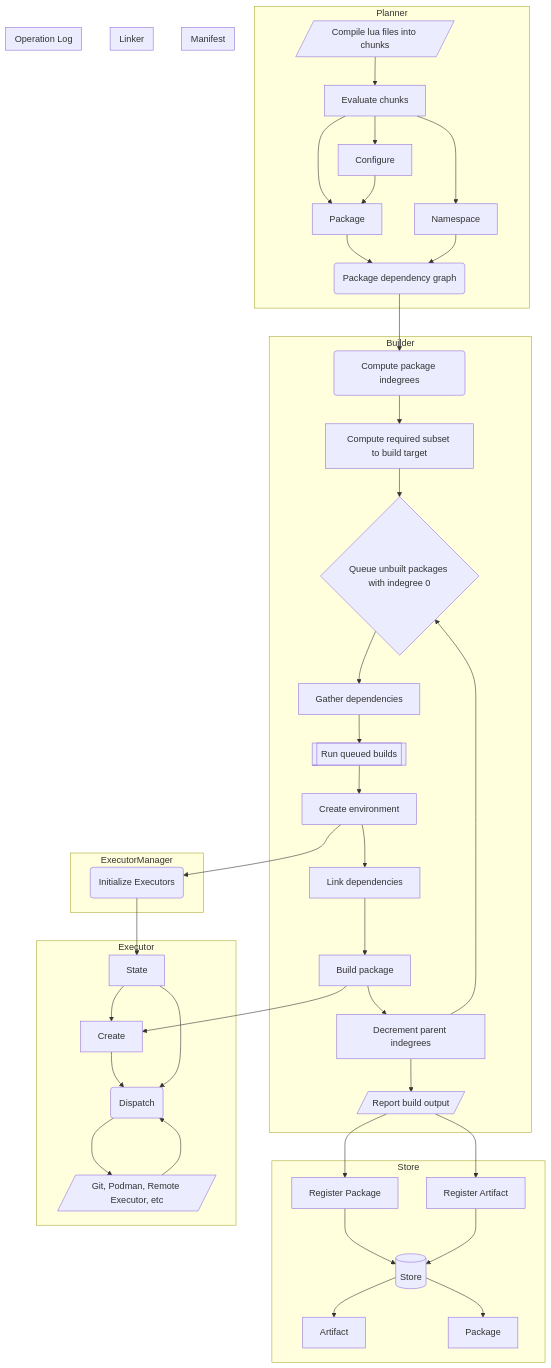
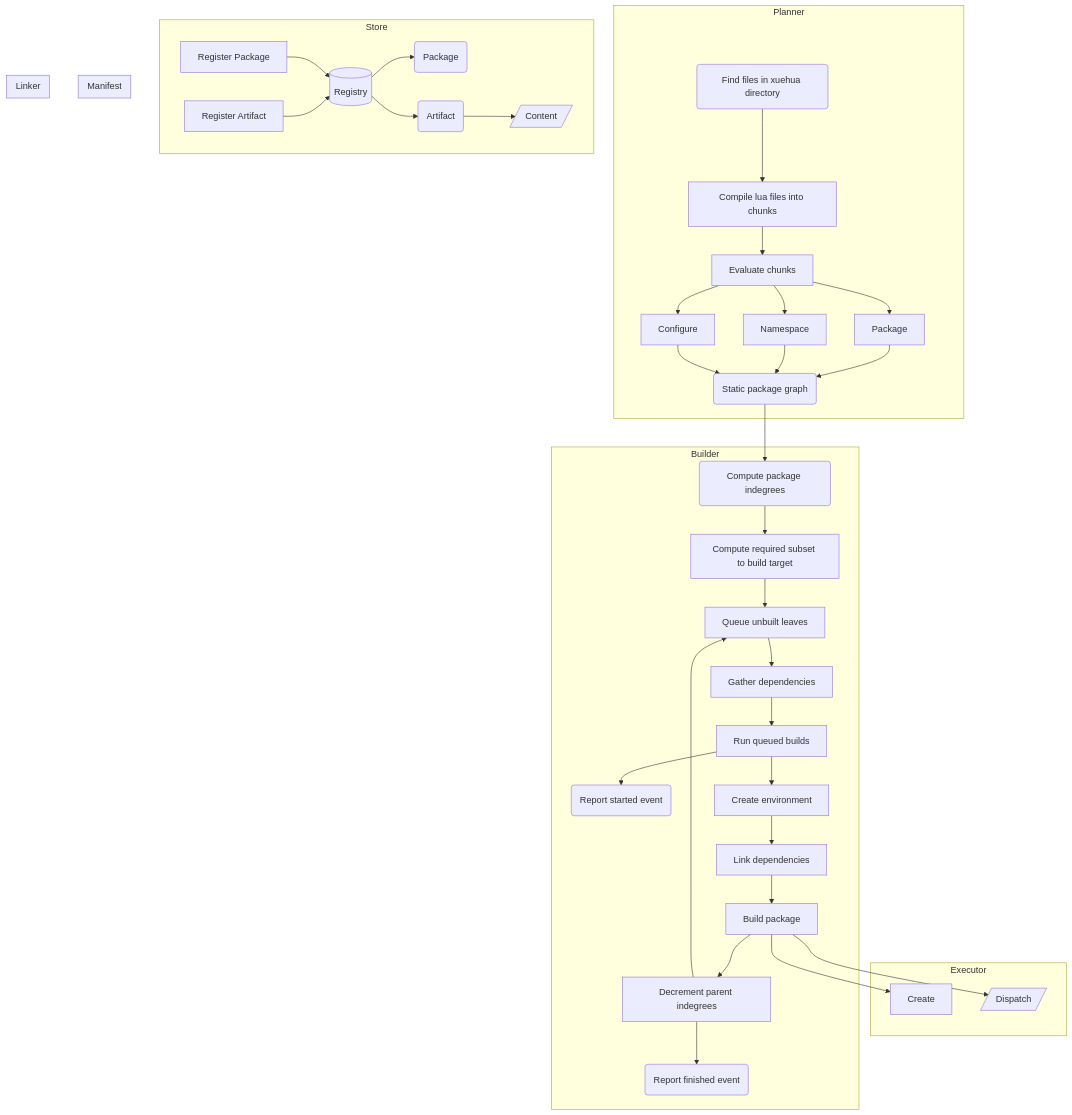
One commit to CelestialCrafter/xuehua changed the diagram in engine/engine.mmd. Above: the diagram before and after it, drawn with Mermaid. The commit also changed 8 other files, not shown here.

Commit message:
(engine) update mermaid diagram

```diff
--- a/engine/engine.mmd
+++ b/engine/engine.mmd
@@ -1,60 +1,50 @@
 flowchart TD
-	subgraph Store
-        S_A[Register Package] --> S_C
-        S_B[Register Artifact] --> S_C
-		S_C[(Store)]
-        S_C --> S_D[Artifact]
-        S_C --> S_E[Package]
-	end
-
 	subgraph Executor
-		E_A[State]
-		E_A --> E_B[Create] --> E_C
-		E_A --> E_C(Dispatch) --> E_D
-		E_D[/Git, Podman, Remote Executor, etc/] --> E_C
-	end
-
-    subgraph ExecutorManager
-		%% TODO: expand on executor creation and dispatch
-		EM_A(Initialize Executors) --> E_A
+		EA[Create]
+		EB[/Dispatch/]
 	end
 
 	subgraph Builder
-		B_A(Compute package indegrees) --> B_B
-		B_B[Compute required subset to build target] --> B_C
-		B_I --> B_C{Queue unbuilt packages with indegree 0} --> B_D
-		B_D[Gather dependencies] --> B_E
-		B_E[[Run queued builds]] --> B_F
-		B_F[Create environment]
-		B_F --> B_G
-		B_F --> EM_A
-		B_G[Link dependencies] --> B_H
-		B_H[Build package]
-		B_H --> E_B
-		B_H --> B_I
-		B_I[Decrement parent indegrees] --> B_J
-		B_J[/Report build output/]
-		B_J --> S_A
-		B_J --> S_B
+		BA(Compute package indegrees) --> BB
+		BB[Compute required subset to build target] --> BC
+		BC[Queue unbuilt leaves] --> BD
+		BD[Gather dependencies] --> BE
+		BE[Run queued builds]
+        BE --> BF(Report started event)
+        BE --> BG
+		BG[Create environment] --> BH
+		BH[Link dependencies] --> BI
+		BI[Build package] --> BJ
+        BI --> EA
+        BI --> EB
+		BJ[Decrement parent indegrees]
+		BJ --> BK(Report finished event)
+		BJ --> BC
 	end
 
 	subgraph Planner
-		P_A[/Compile lua files into chunks/] --> P_B
-		P_B[Evaluate chunks]
-		P_B --> P_C[Package] --> P_F
-		P_B --> P_E[Configure] --> P_C
-		P_B --> P_D[Namespace] --> P_F
-		P_F(Package dependency graph) --> B_A
+		PA(Find files in xuehua directory) --> PB
+		PB[Compile lua files into chunks] --> PC
+		PC[Evaluate chunks]
+		PC --> PD[Package] --> PG
+		PC --> PE[Namespace] --> PG
+		PC --> PF[Configure] --> PG
+		PG(Static package graph) --> BA
+	end
+
+	subgraph Store
+		SA[Register Package] --> SC
+        SB[Register Artifact] --> SC
+        SC[(Registry)]
+        SC --> SD(Package)
+        SC --> SE(Artifact) --> SF
+        SF[/Content/]
 	end
 
 	subgraph Manifest
 		%% TODO: add manifest diagram
 	end
 
 	subgraph Linker
 		%% TODO: add linker diagram
 	end
-
-	subgraph Operation Log
-		%% TODO: add oplog diagram
-	end
```
